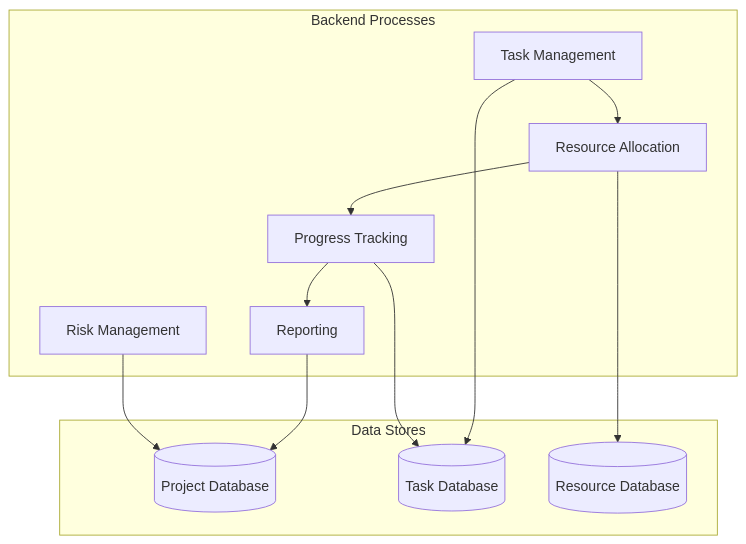
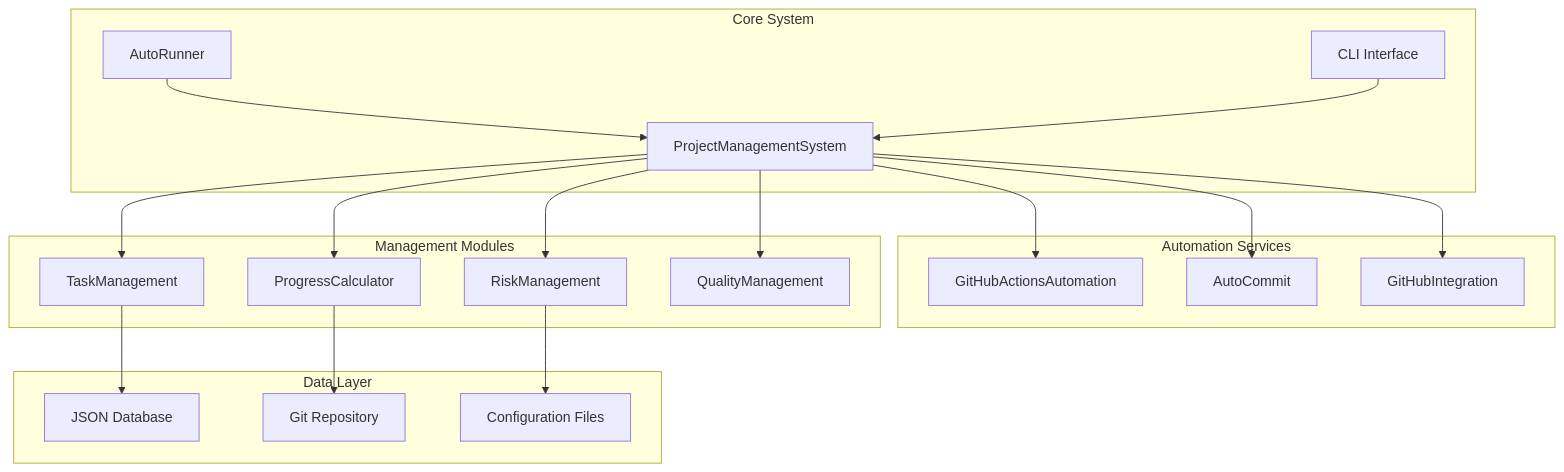
Before and after one commit to Shakour-Data/AutoProjectManagement: the second of 2 diagrams in README.md, drawn with Mermaid. The commit also changed other lines of this file, not shown here.

````diff
--- a/README.md
+++ b/README.md
@@ -137,25 +58,40 @@
 ```mermaid
 graph TD
-    subgraph "Backend Processes"
-        TM[Task Management]
-        RA[Resource Allocation]
-        PT[Progress Tracking]
-        RP[Reporting]
-        RM[Risk Management]
+    subgraph Core System
+        AR[AutoRunner]
+        CLI[CLI Interface]
+        PMS[ProjectManagementSystem]
     end
     
-    subgraph "Data Stores"
-        PDB[(Project Database)]
-        TDB[(Task Database)]
-        RDB[(Resource Database)]
+    subgraph Automation Services
+        GA[GitHubActionsAutomation]
+        AC[AutoCommit]
+        GI[GitHubIntegration]
     end
     
-    TM --> TDB
-    RA --> RDB
-    PT --> TDB
-    RP --> PDB
-    RM --> PDB
-    TM --> RA
-    RA --> PT
-    PT --> RP
+    subgraph Management Modules
+        TM[TaskManagement]
+        PC[ProgressCalculator]
+        RM[RiskManagement]
+        QM[QualityManagement]
+    end
+    
+    subgraph Data Layer
+        JSON[JSON Database]
+        GIT[Git Repository]
+        CFG[Configuration Files]
+    end
+    
+    AR --> PMS
+    CLI --> PMS
+    PMS --> GA
+    PMS --> AC
+    PMS --> GI
+    PMS --> TM
+    PMS --> PC
+    PMS --> RM
+    PMS --> QM
+    TM --> JSON
+    PC --> GIT
+    RM --> CFG
 ```
````
